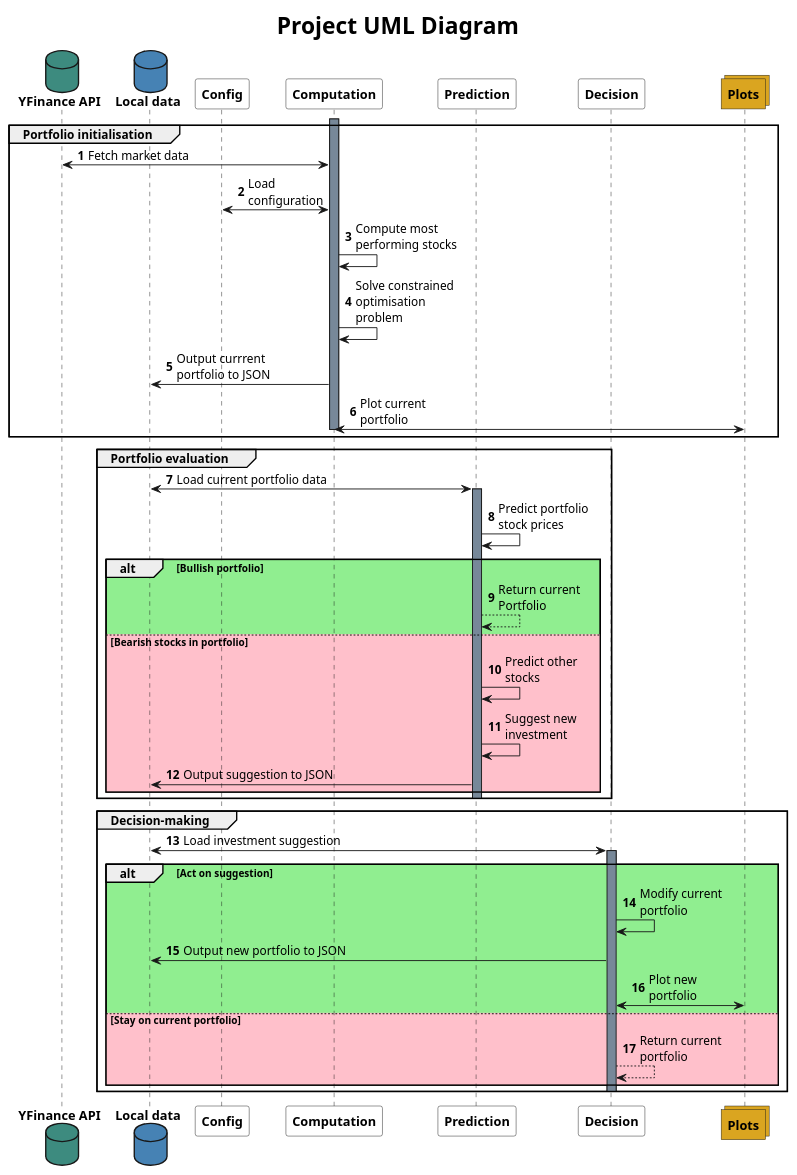
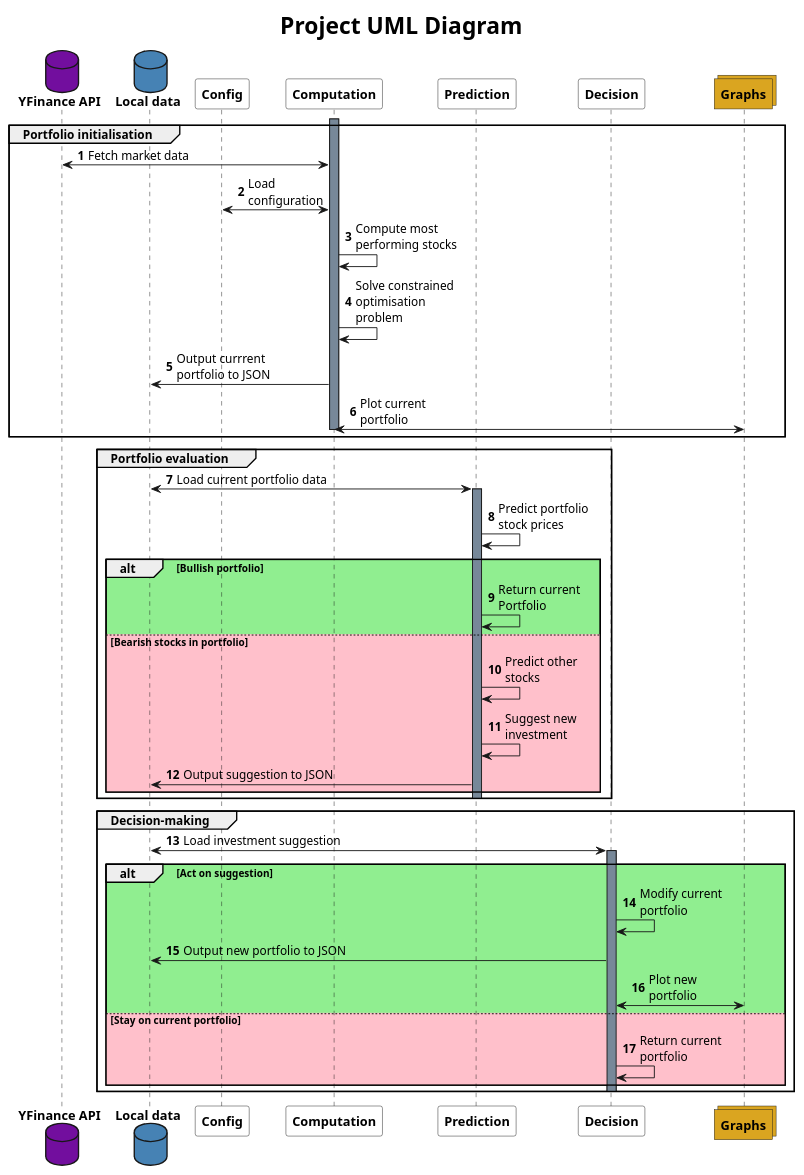
One commit to romainmrad/UVProjet changed the first of 3 diagrams in docs/sequence_diagram/sequence.puml. Above: the diagram before and after it, drawn with PlantUML. The commit also changed 158 other files, not shown here.

```diff
--- a/docs/sequence_diagram/sequence.puml
+++ b/docs/sequence_diagram/sequence.puml
@@ -1,63 +1,63 @@
 @startuml
 
 skinparam ParticipantFontStyle bold
 skinparam DatabaseFontStyle bold
 skinparam CollectionsFontStyle bold
 skinparam BackgroundColor White
 skinparam TitleFontSize 25
 skinparam TitleFontStyle bold
 autonumber
 
 
 title Project UML Diagram
 
 
-database "YFinance API" #3D8B7F
+database "YFinance API" #720E9E
 database "Local data" #SteelBlue
 participant Config #White
 participant Computation #White
 participant Prediction #White
 participant Decision #White
-collections Plots #GoldenRod
+collections Graphs #GoldenRod
 
 
 group Portfolio initialisation
 activate Computation #LightSlateGrey
 Computation <-> "YFinance API": Fetch market data
 Computation <-> Config: Load \nconfiguration
 Computation -> Computation: Compute most \nperforming stocks
 Computation -> Computation: Solve constrained\noptimisation \nproblem
 Computation -> "Local data": Output currrent \nportfolio to JSON
-Plots <-> Computation: Plot current \nportfolio
+Graphs <-> Computation: Plot current \nportfolio
 deactivate Computation
 end
 
 
 group Portfolio evaluation
 Prediction <-> "Local data": Load current portfolio data
 activate Prediction #LightSlateGrey
 Prediction -> Prediction: Predict portfolio \nstock prices
 alt #LightGreen Bullish portfolio
-    Prediction -->Prediction: Return current\nPortfolio
+    Prediction ->Prediction: Return current\nPortfolio
 else #Pink Bearish stocks in portfolio
     Prediction -> Prediction: Predict other\nstocks
     Prediction -> Prediction: Suggest new\ninvestment
     Prediction -> "Local data": Output suggestion to JSON
 end
 deactivate Prediction
 end
 
 
 group Decision-making
 Decision <-> "Local data": Load investment suggestion
 activate Decision #LightSlateGrey
 alt #LightGreen Act on suggestion
     Decision -> Decision: Modify current \nportfolio
     Decision -> "Local data": Output new portfolio to JSON
-    Plots <-> Decision: Plot new \nportfolio
+    Graphs <-> Decision: Plot new \nportfolio
 else #Pink Stay on current portfolio
-    Decision --> Decision: Return current\nportfolio
+    Decision -> Decision: Return current\nportfolio
 end
 deactivate Decision
 end
 @enduml
```
